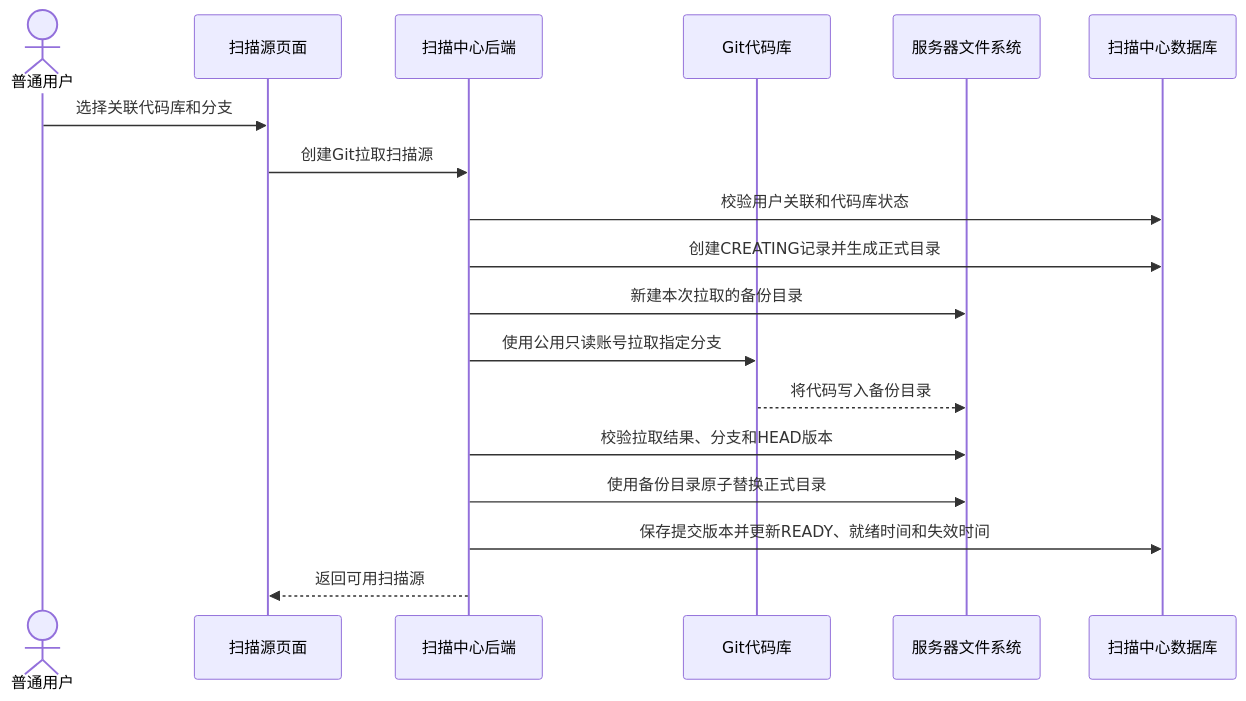
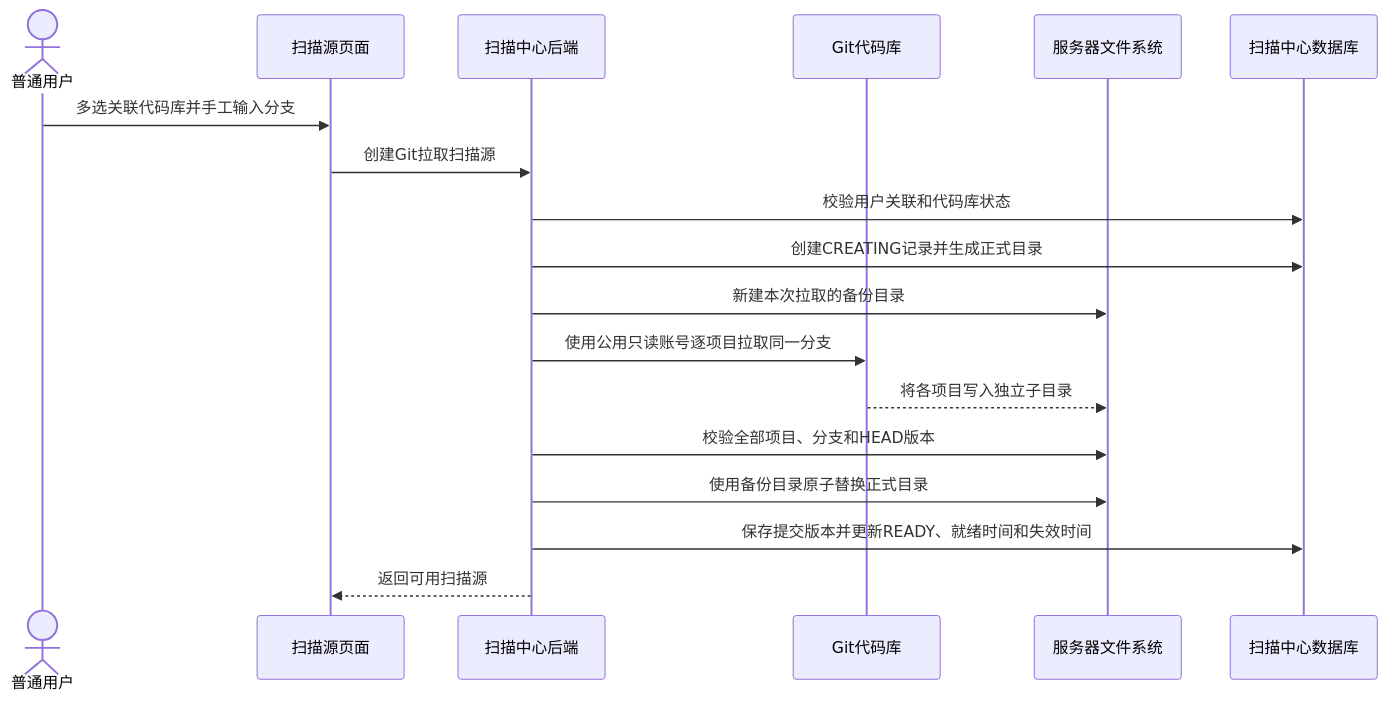
The second of 5 diagrams in ai-agent/spec/扫描中心-详细方案设计.md (tjqing/scanning-center), drawn with Mermaid before and after one commit. The commit also changed other lines of this file and 21 other files, not shown here.

````diff
--- a/ai-agent/spec/扫描中心-详细方案设计.md
+++ b/ai-agent/spec/扫描中心-详细方案设计.md
@@ -356,21 +354,21 @@
 ```mermaid
 sequenceDiagram
     actor U as 普通用户
     participant FE as 扫描源页面
     participant API as 扫描中心后端
     participant GIT as Git代码库
     participant FS as 服务器文件系统
     participant DB as 扫描中心数据库
 
-    U->>FE: 选择关联代码库和分支
+    U->>FE: 多选关联代码库并手工输入分支
     FE->>API: 创建Git拉取扫描源
     API->>DB: 校验用户关联和代码库状态
     API->>DB: 创建CREATING记录并生成正式目录
     API->>FS: 新建本次拉取的备份目录
-    API->>GIT: 使用公用只读账号拉取指定分支
-    GIT-->>FS: 将代码写入备份目录
-    API->>FS: 校验拉取结果、分支和HEAD版本
+    API->>GIT: 使用公用只读账号逐项目拉取同一分支
+    GIT-->>FS: 将各项目写入独立子目录
+    API->>FS: 校验全部项目、分支和HEAD版本
     API->>FS: 使用备份目录原子替换正式目录
     API->>DB: 保存提交版本并更新READY、就绪时间和失效时间
     API-->>FE: 返回可用扫描源
 ```
````
